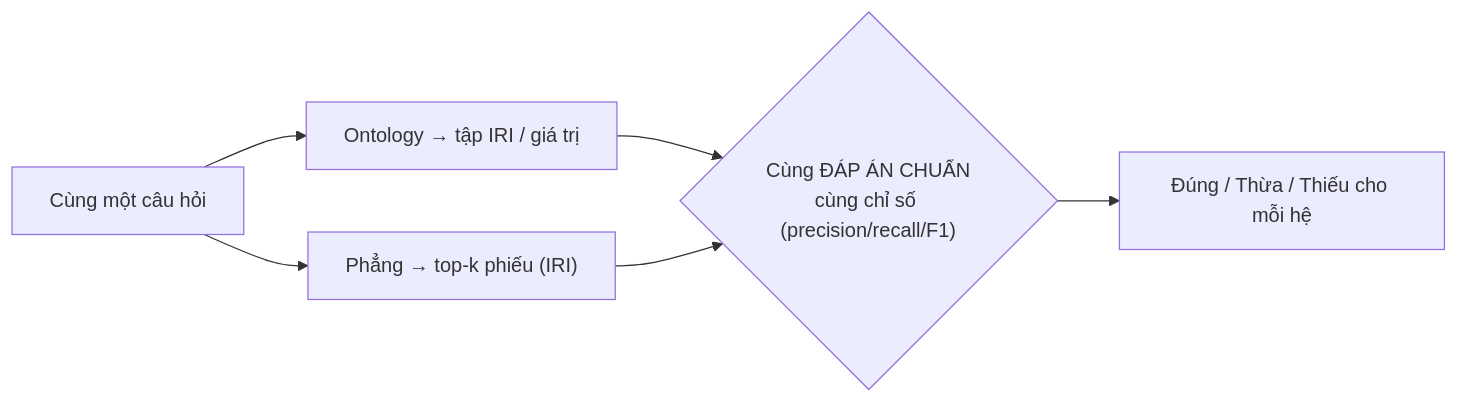
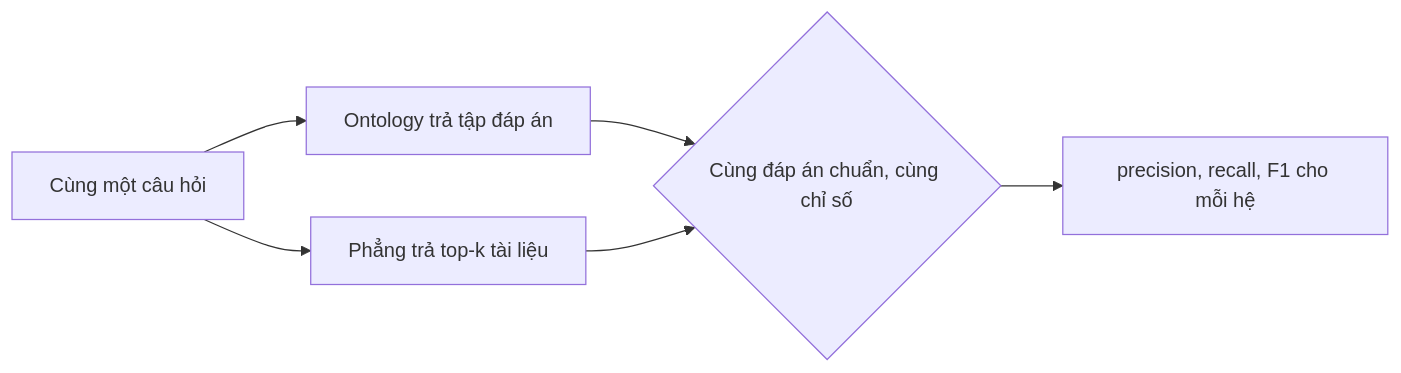
Before and after one commit to vpthinh19/ontology-chatbot: the ninth of 10 diagrams in docs/CONCEPT.md, drawn with Mermaid. The commit also changed other lines of this file, not shown here.

````diff
--- a/docs/CONCEPT.md
+++ b/docs/CONCEPT.md
@@ -361,8 +438,8 @@
 ```mermaid
 flowchart LR
-    QS["Cùng một câu hỏi"] --> ONT["Ontology → tập IRI / giá trị"]
-    QS --> FLAT["Phẳng → top-k phiếu (IRI)"]
-    ONT --> G{"Cùng ĐÁP ÁN CHUẨN<br/>cùng chỉ số (precision/recall/F1)"}
+    QS["Cùng một câu hỏi"] --> ONT["Ontology trả tập đáp án"]
+    QS --> FLAT["Phẳng trả top-k tài liệu"]
+    ONT --> G{"Cùng đáp án chuẩn, cùng chỉ số"}
     FLAT --> G
-    G --> V["Đúng / Thừa / Thiếu cho mỗi hệ"]
+    G --> V["precision, recall, F1 cho mỗi hệ"]
 ```
````
